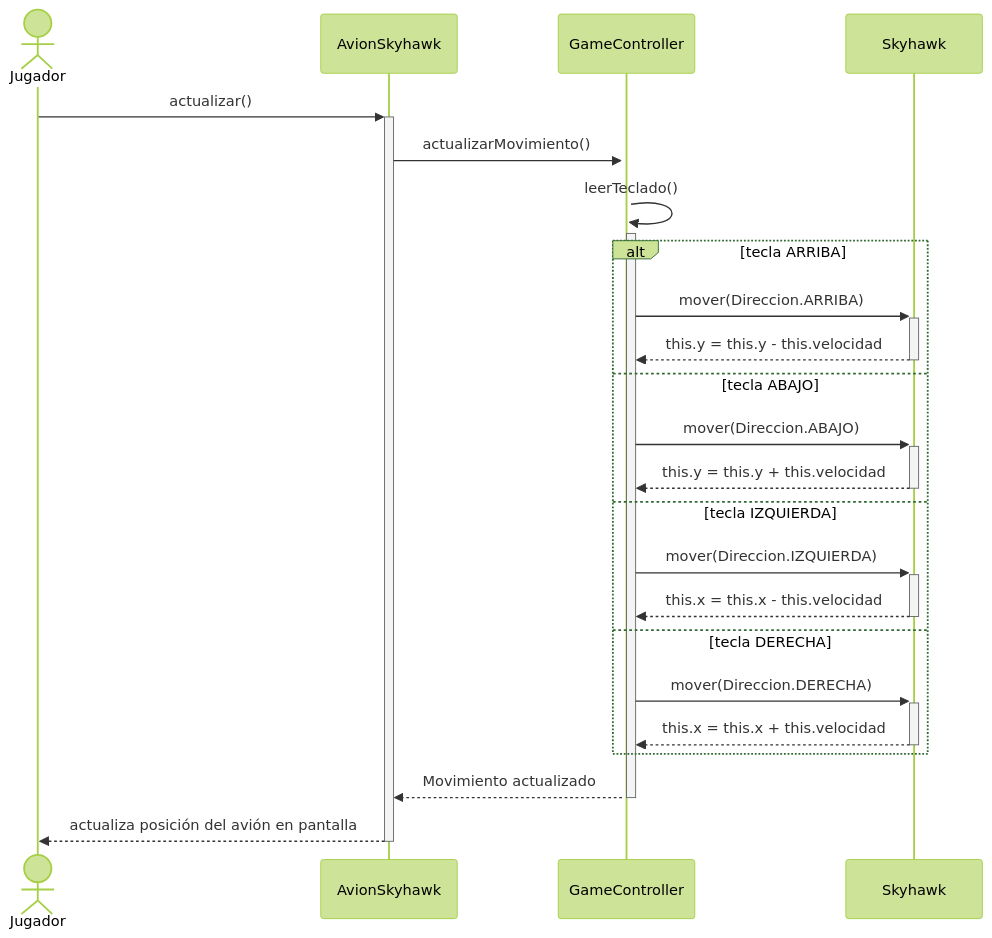
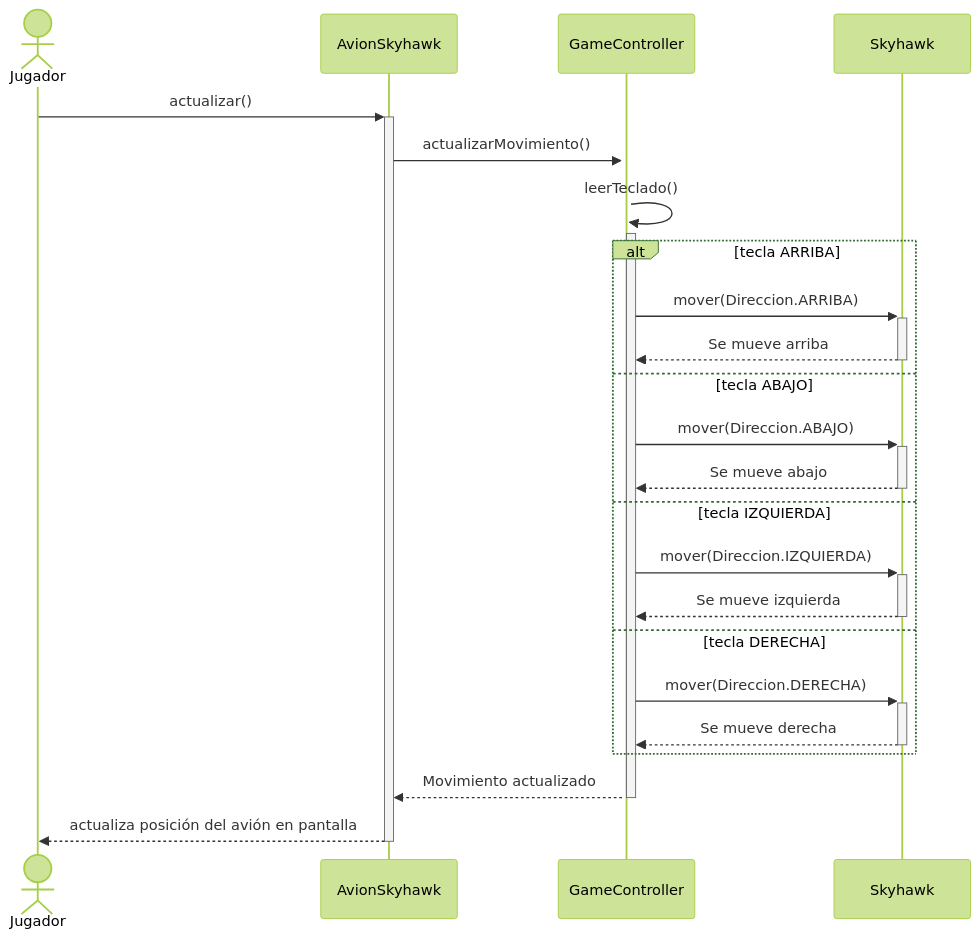
The second of 6 diagrams in Diagramas/diagram_Secuencias_Actualizados.md (chiaraarego/Grupo-2---Skyhawk), drawn with Mermaid (forest theme) before and after one commit. The commit also changed other lines of this file and 1 other file, not shown here.

Commit message:
Actualizar diagramas de secuencia de fin de partida y estadisticas

````diff
--- a/Diagramas/diagram_Secuencias_Actualizados.md
+++ b/Diagramas/diagram_Secuencias_Actualizados.md
@@ -41,35 +41,35 @@
 ```mermaid
 sequenceDiagram
     actor Jugador
     participant AvionSkyhawk
     participant GameController
     participant Skyhawk
 
     Jugador ->> +AvionSkyhawk : actualizar()
 
     AvionSkyhawk ->> +GameController : actualizarMovimiento()
 
     %% Abre la activación interna para leer el teclado
     GameController ->> +GameController : leerTeclado()
 
     alt tecla ARRIBA
         GameController ->> +Skyhawk : mover(Direccion.ARRIBA)
-        Skyhawk -->> -GameController : this.y = this.y - this.velocidad
+        Skyhawk -->> -GameController : Se mueve arriba
     else tecla ABAJO
         GameController ->> +Skyhawk : mover(Direccion.ABAJO)
-        Skyhawk -->> -GameController : this.y = this.y + this.velocidad
+        Skyhawk -->> -GameController : Se mueve abajo
     else tecla IZQUIERDA
         GameController ->> +Skyhawk : mover(Direccion.IZQUIERDA)
-        Skyhawk -->> -GameController : this.x = this.x - this.velocidad
+        Skyhawk -->> -GameController : Se mueve izquierda
     else tecla DERECHA
         GameController ->> +Skyhawk : mover(Direccion.DERECHA)
-        Skyhawk -->> -GameController : this.x = this.x + this.velocidad
+        Skyhawk -->> -GameController : Se mueve derecha
     end
 
     
     %% Retorna el flujo al objeto principal de la app
     GameController -->> -AvionSkyhawk : Movimiento actualizado
 
     %% RESPUESTA FINAL AL JUGADOR:
     AvionSkyhawk -->> -Jugador : actualiza posición del avión en pantalla
 ```
````
